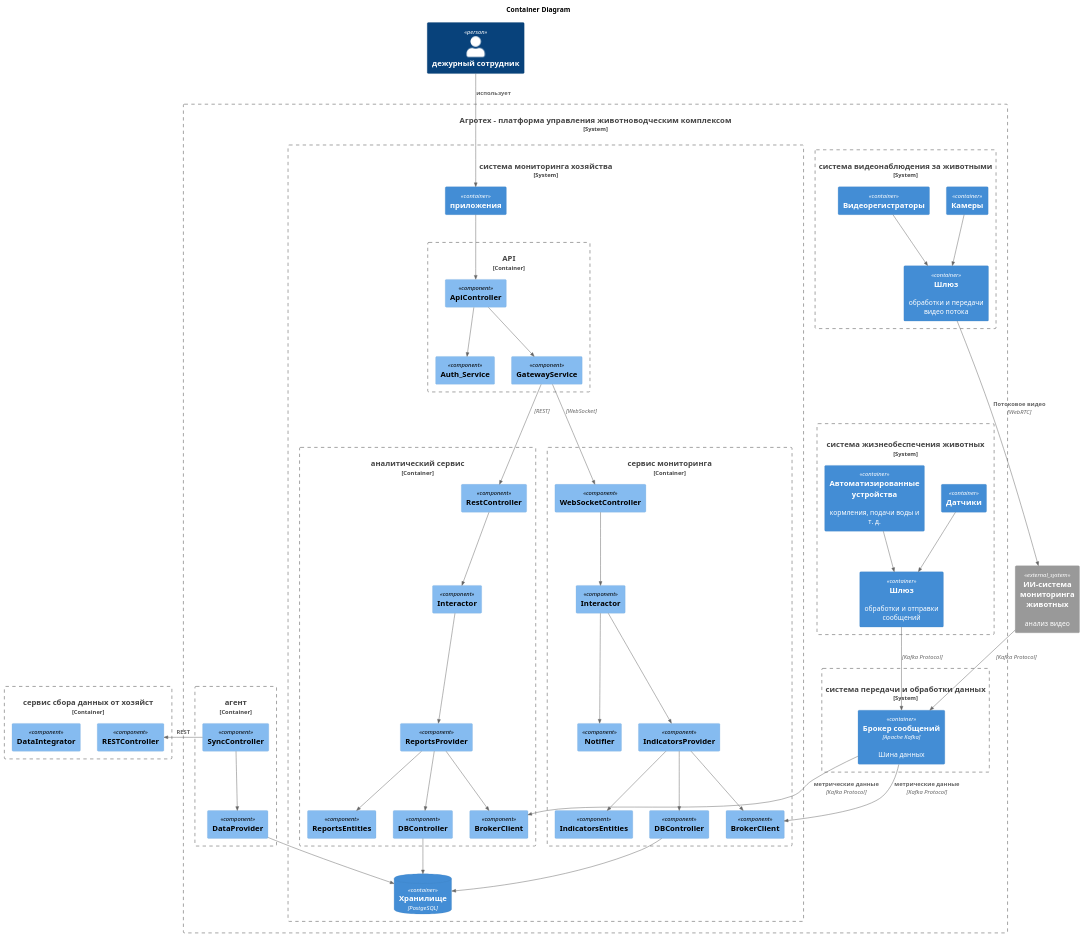
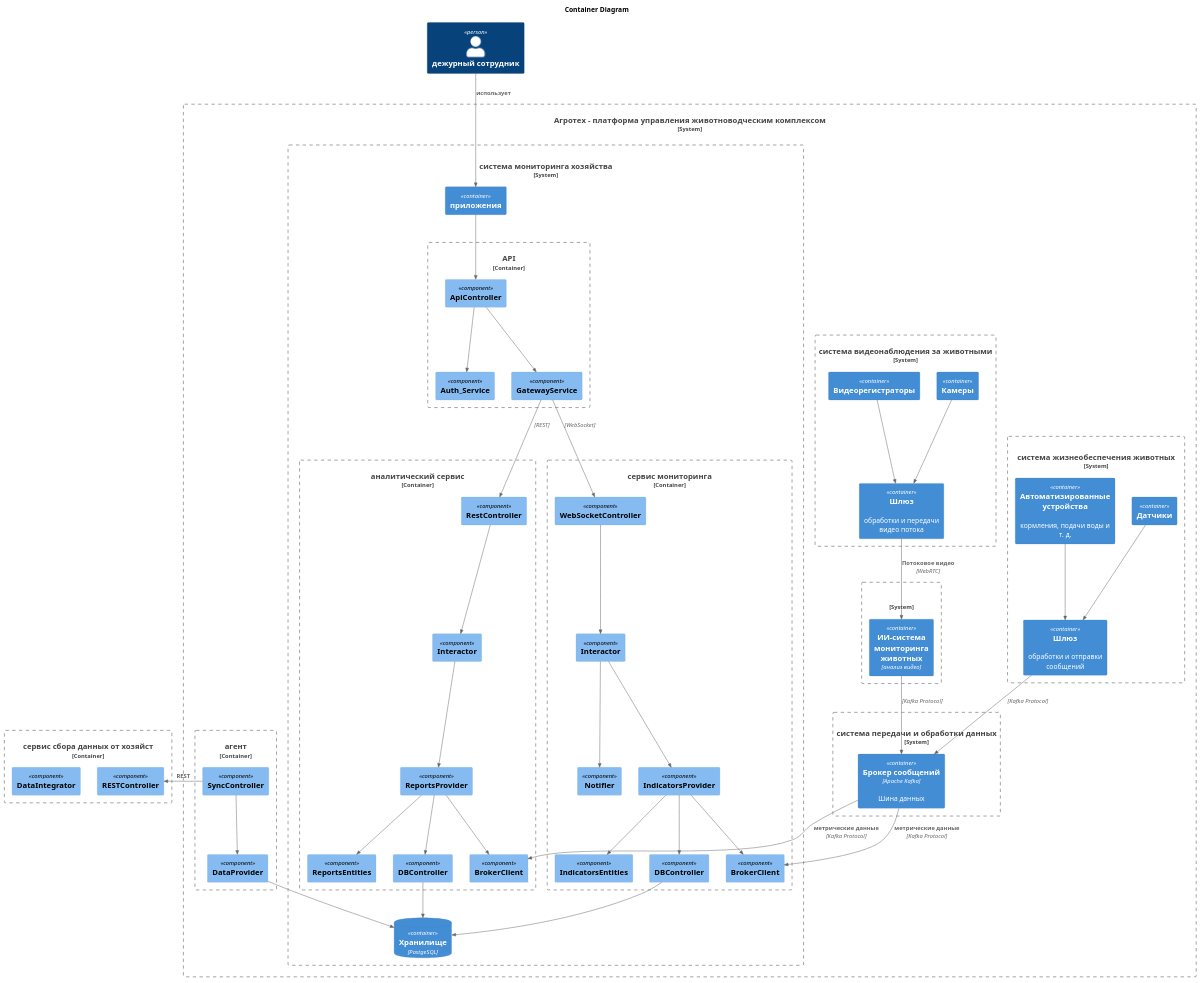
The diagram in Task3/agrotech_v1_С3.puml (Bessolitsyn/MSA-AgroTech), drawn with PlantUML before and after one commit. The commit also changed 8 other files, not shown here.

```diff
--- a/Task3/agrotech_v1_С3.puml
+++ b/Task3/agrotech_v1_С3.puml
@@ -1,107 +1,111 @@
 @startuml агро_V1
 
 !include https://raw.githubusercontent.com/plantuml-stdlib/C4-PlantUML/master/C4_Container.puml
 !include https://raw.githubusercontent.com/plantuml-stdlib/C4-PlantUML/master/C4_Component.puml
 
 ' !include C4_Context.puml
 ' !include C4_Container.puml
 ' !include C4_Component.puml
 title "Container Diagram"
 
 Person(сотрудник, "дежурный сотрудник")
 
 
 System_Boundary(платформа, "Агротех  - платформа управления животноводческим комплексом") {
 
     System_Boundary(databus, "система передачи и обработки данных", "сбор данных от технических систем, структурирование, хранение ") {        
         Container(broker, "Брокер сообщений","Apache Kafka", "Шина данных")        
     }
     System_Boundary(животноводство,"система жизнеобеспечения животных", "Мниторинг состояния технических средств(кормушки, поилки и др)") {
         Container(sensors, "Датчики", "", "")
         Container(gateway, "Шлюз", "", "обработки и отправки сообщений")
         Container(devices, "Автоматизированные устройства ", "", "кормления, подачи воды и т. д.")        
         Rel(sensors, gateway, "")
         Rel(devices, gateway, "")
         Rel(gateway, broker, "", "Kafka Protocol")
     }
     System_Boundary(видео,"система видеонаблюдения за животными", "") {
         Container(camera, "Камеры")
         Container(streaming, "Шлюз", "", "обработки и передачи видео потока")
         Container(recivers, " Видеорегистраторы")        
         Rel(camera, streaming, "")
         Rel(recivers, streaming, "")
         
     }
     System_Boundary(цуп, "система мониторинга хозяйства", "управление,  мониторинг, анализ, оповещение, отчетность") {
         Container_Boundary(api, "API"){
             Component(apiApiController,"ApiController")
             Component(apiAuth_Service,"Auth_Service")
             Component(apiGatewayService, "GatewayService")
             Rel(apiApiController, apiGatewayService, "")
             Rel(apiApiController, apiAuth_Service, "")
 
         }
         Container(app, "приложения")
         Container_Boundary(bi, "аналитический сервис", "", "вычисление показателей, трендов и др."){
             Component(biRestController, "RestController")
             Component(biBrokerClient, "BrokerClient")
             Component(biInteractor, "Interactor")
             Component(biReportsProvider, "ReportsProvider")
             Component(biReportsEntities, "ReportsEntities")
             Component(biDBController, "DBController")
             Rel(biRestController, biInteractor,"")
             Rel(biInteractor, biReportsProvider,"")
             Rel(biReportsProvider, biBrokerClient,"")
             Rel(biReportsProvider, biDBController,"")
             Rel(biReportsProvider, biReportsEntities,"")
         }
         Container_Boundary(supervisor, "сервис мониторинга", "", "мониторинг состояния, оповещения"){
             Component(supervisorWebSocketController, "WebSocketController")
             Component(supervisorBrokerClient, "BrokerClient")
             Component(supervisorInteractor, "Interactor")
             Component(supervisorNotifier, "Notifier")
             Component(supervisorIndicatorsProvider, "IndicatorsProvider")
             Component(supervisorIndicatorsEntities, "IndicatorsEntities")
             Component(supervisorDBController, "DBController")
             Rel(supervisorWebSocketController, supervisorInteractor,"")
             Rel(supervisorInteractor, supervisorIndicatorsProvider,"")
             Rel(supervisorInteractor, supervisorNotifier,"")
             Rel(supervisorIndicatorsProvider, supervisorBrokerClient,"")
             Rel(supervisorIndicatorsProvider, supervisorDBController,"")
             Rel(supervisorIndicatorsProvider, supervisorIndicatorsEntities,"")
         }
         
         ContainerDb(storage, "Хранилище","PostgeSQL", "")
         Rel(app, apiApiController, "")
         Rel(broker, biBrokerClient, "метрические данные", "Kafka Protocol")
         Rel(broker, supervisorBrokerClient, "метрические данные", "Kafka Protocol")
         Rel(biDBController, storage, "")
         Rel(supervisorDBController, storage, "")
         Rel(apiGatewayService, biRestController, "","REST")
         Rel(apiGatewayService, supervisorWebSocketController, "","WebSocket")
 
         
     }
     Container_Boundary(agent, "агент", "", "сервис синхронизации с ЦОД Агротех"){
         Component(agentSyncController, "SyncController")
         Component(agentDataProvider, "DataProvider")
         Rel(agentSyncController,agentDataProvider,"")
     }    
-    Rel(agentDataProvider, storage, "")        
+    Rel(agentDataProvider, storage, "")    
+
+    System_Boundary(ai_,"",""){
+        Container(ai, "ИИ-система мониторинга животных", "анализ видео") 
+    }    
 
 }
 
 Container_Boundary(collector, "сервис сбора данных от хозяйст"){
         Component(collectorApi, "RESTController")
         Component(collectorInput, "DataIntegrator")
         Rel_L(agentSyncController, collectorApi, "REST")
 }
-System_Ext(ai, "ИИ-система мониторинга животных", "анализ видео") 
+
 Rel(streaming, ai, "Потоковое видео","WebRTC")        
 Rel(ai, broker, "", "Kafka Protocol")  
 Rel(сотрудник, app, "использует")   
    
 
 
 
 @enduml
```
